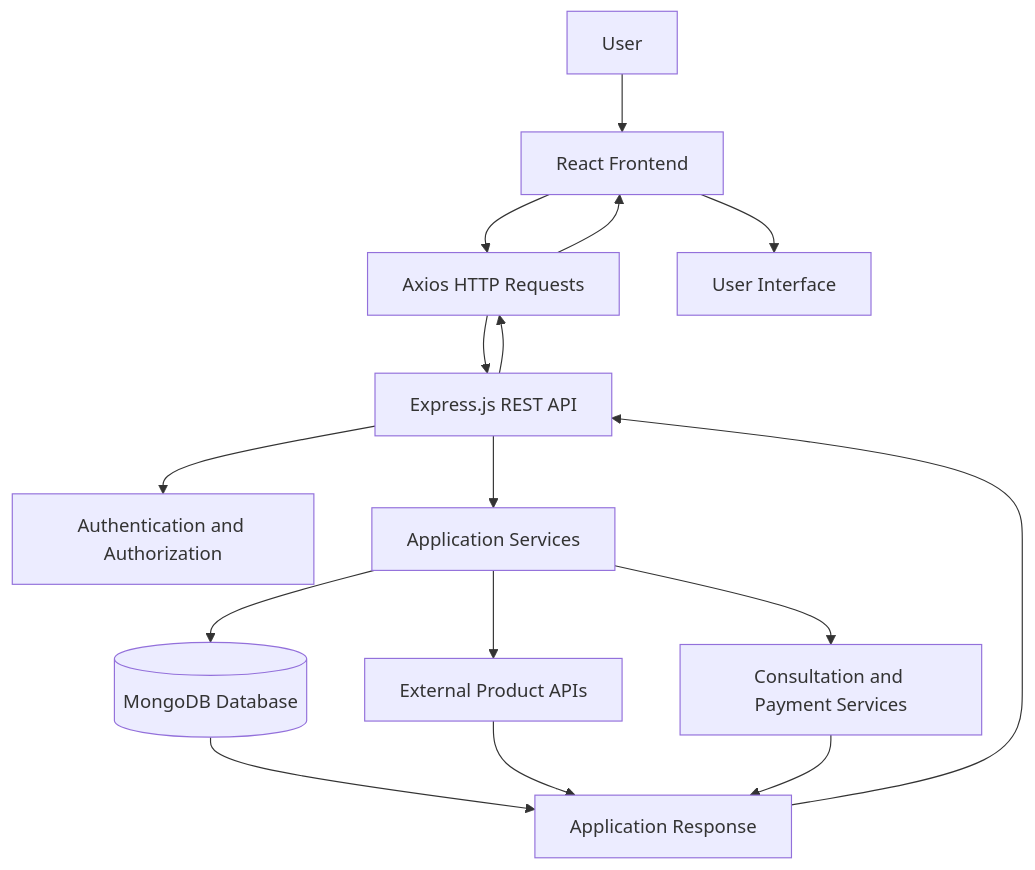
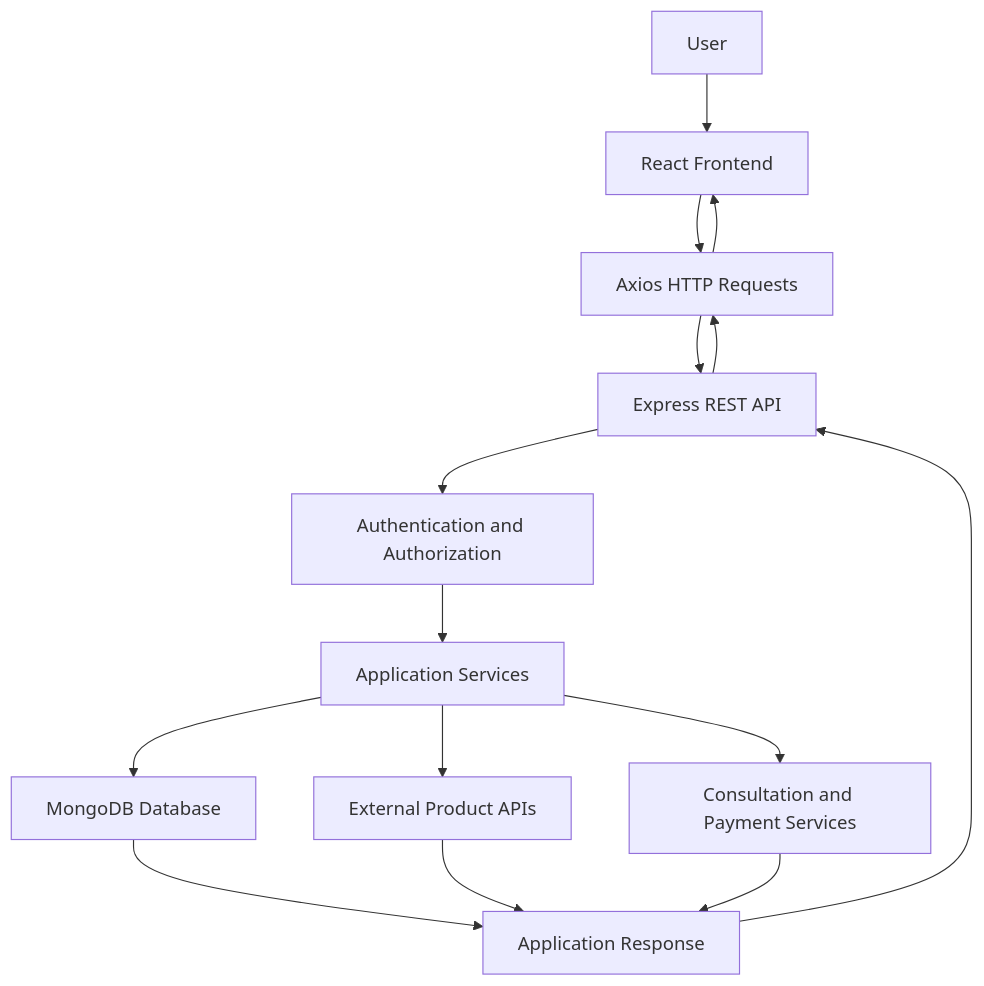
One commit to Tuhfa2512/SkinBloom changed the diagram in README.md. Above: the diagram before and after it, drawn with Mermaid.

Commit message:
Fix system architecture Mermaid diagram

````diff
--- a/README.md
+++ b/README.md
@@ -91,18 +91,17 @@
 ```mermaid
 flowchart TD
     A[User] --> B[React Frontend]
     B --> C[Axios HTTP Requests]
-    C --> D[Express.js REST API]
+    C --> D[Express REST API]
     D --> E[Authentication and Authorization]
-    D --> F[Application Services]
-    F --> G[(MongoDB Database)]
+    E --> F[Application Services]
+    F --> G[MongoDB Database]
     F --> H[External Product APIs]
     F --> I[Consultation and Payment Services]
     G --> J[Application Response]
     H --> J
     I --> J
     J --> D
     D --> C
     C --> B
-    B --> K[User Interface]
 ```
````
